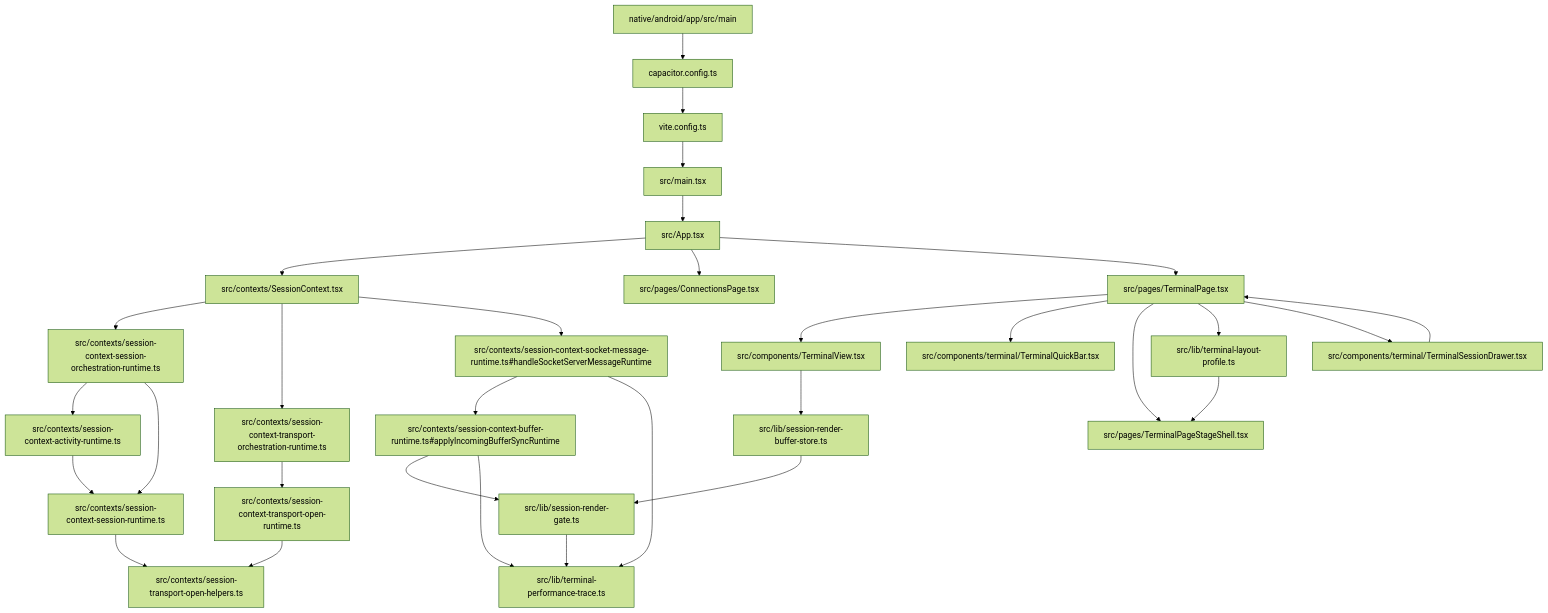
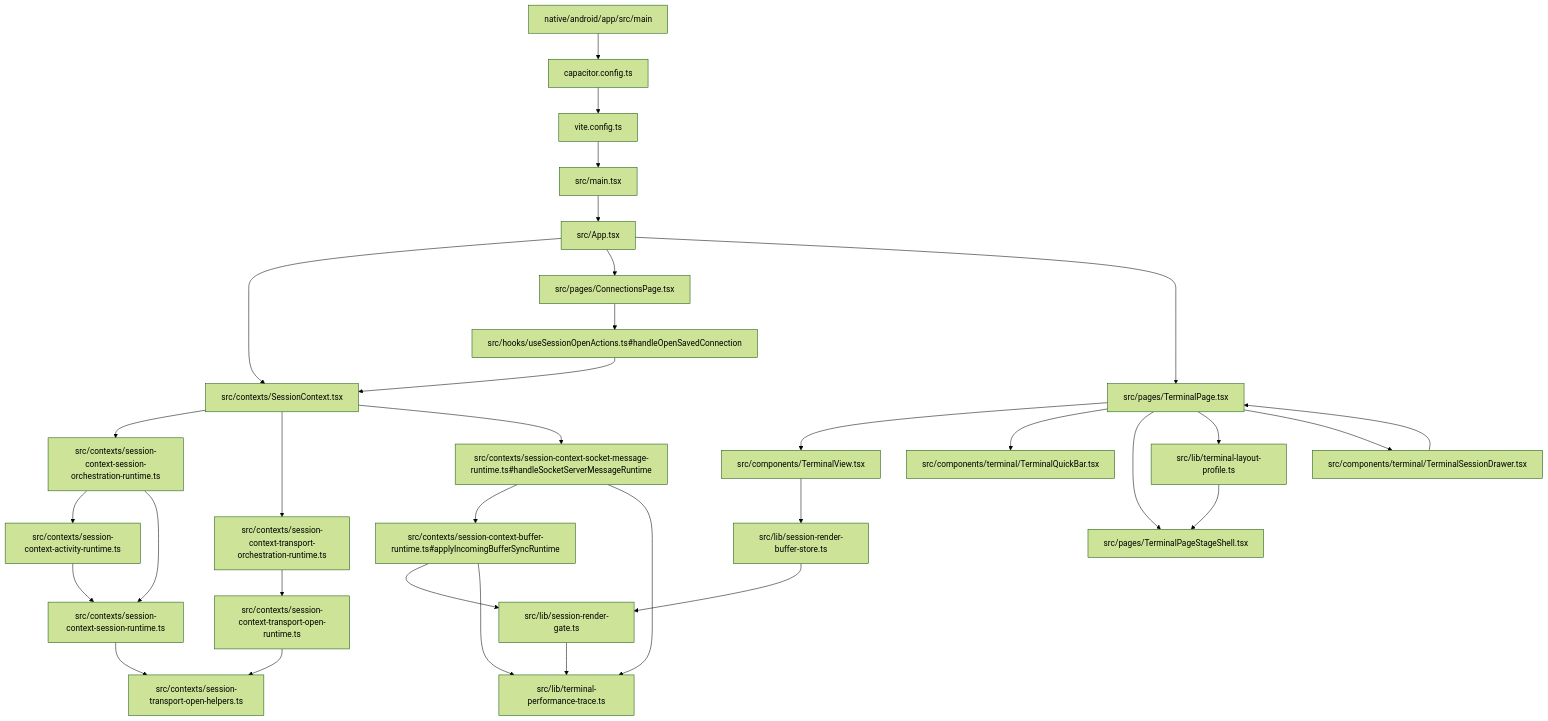
One commit to Jasonzhangf/zterm changed the first of 5 diagrams in android/docs/wiki/mainline-source.md. Above: the diagram before and after it, drawn with Mermaid (forest theme). The commit also changed 14 other files, not shown here.

````diff
--- a/android/docs/wiki/mainline-source.md
+++ b/android/docs/wiki/mainline-source.md
@@ -7,33 +7,35 @@
 ```mermaid
 flowchart TD
   Native["native/android/app/src/main"] --> Capacitor["capacitor.config.ts"]
   Capacitor --> Vite["vite.config.ts"]
   Vite --> Main["src/main.tsx"]
   Main --> App["src/App.tsx"]
   App --> SessionContext["src/contexts/SessionContext.tsx"]
   SessionContext --> SessionLifecycle["src/contexts/session-context-session-orchestration-runtime.ts"]
   SessionLifecycle --> ActivityFreshness["src/contexts/session-context-activity-runtime.ts"]
   ActivityFreshness --> SessionRuntime["src/contexts/session-context-session-runtime.ts"]
   SessionLifecycle --> SessionRuntime
   SessionRuntime --> TransportReusePlan["src/contexts/session-transport-open-helpers.ts"]
   SessionContext --> TransportOrchestration["src/contexts/session-context-transport-orchestration-runtime.ts"]
   TransportOrchestration --> TransportOpen["src/contexts/session-context-transport-open-runtime.ts"]
   TransportOpen --> TransportReusePlan
   SessionContext --> SocketMessage["src/contexts/session-context-socket-message-runtime.ts#handleSocketServerMessageRuntime"]
   SocketMessage --> BufferApply["src/contexts/session-context-buffer-runtime.ts#applyIncomingBufferSyncRuntime"]
   BufferApply --> RenderGate["src/lib/session-render-gate.ts#scheduleCommit"]
   SocketMessage --> PerformanceTrace["src/lib/terminal-performance-trace.ts"]
   BufferApply --> PerformanceTrace
   RenderGate --> PerformanceTrace
   App --> Connections["src/pages/ConnectionsPage.tsx"]
+  Connections --> SessionOpenOwner["src/hooks/useSessionOpenActions.ts#handleOpenSavedConnection"]
+  SessionOpenOwner --> SessionContext
   App --> TerminalPage["src/pages/TerminalPage.tsx"]
   TerminalPage --> TerminalView["src/components/TerminalView.tsx"]
   TerminalPage --> QuickBar["src/components/terminal/TerminalQuickBar.tsx"]
   TerminalPage --> StageShell["src/pages/TerminalPageStageShell.tsx"]
   TerminalPage --> LayoutProfile["src/lib/terminal-layout-profile.ts"]
   LayoutProfile --> StageShell
   TerminalPage --> SessionDrawer["src/components/terminal/TerminalSessionDrawer.tsx"]
   SessionDrawer --> TerminalPage
   TerminalView --> Renderer["src/lib/session-render-buffer-store.ts"]
   Renderer --> RenderGate["src/lib/session-render-gate.ts"]
 ```
````
